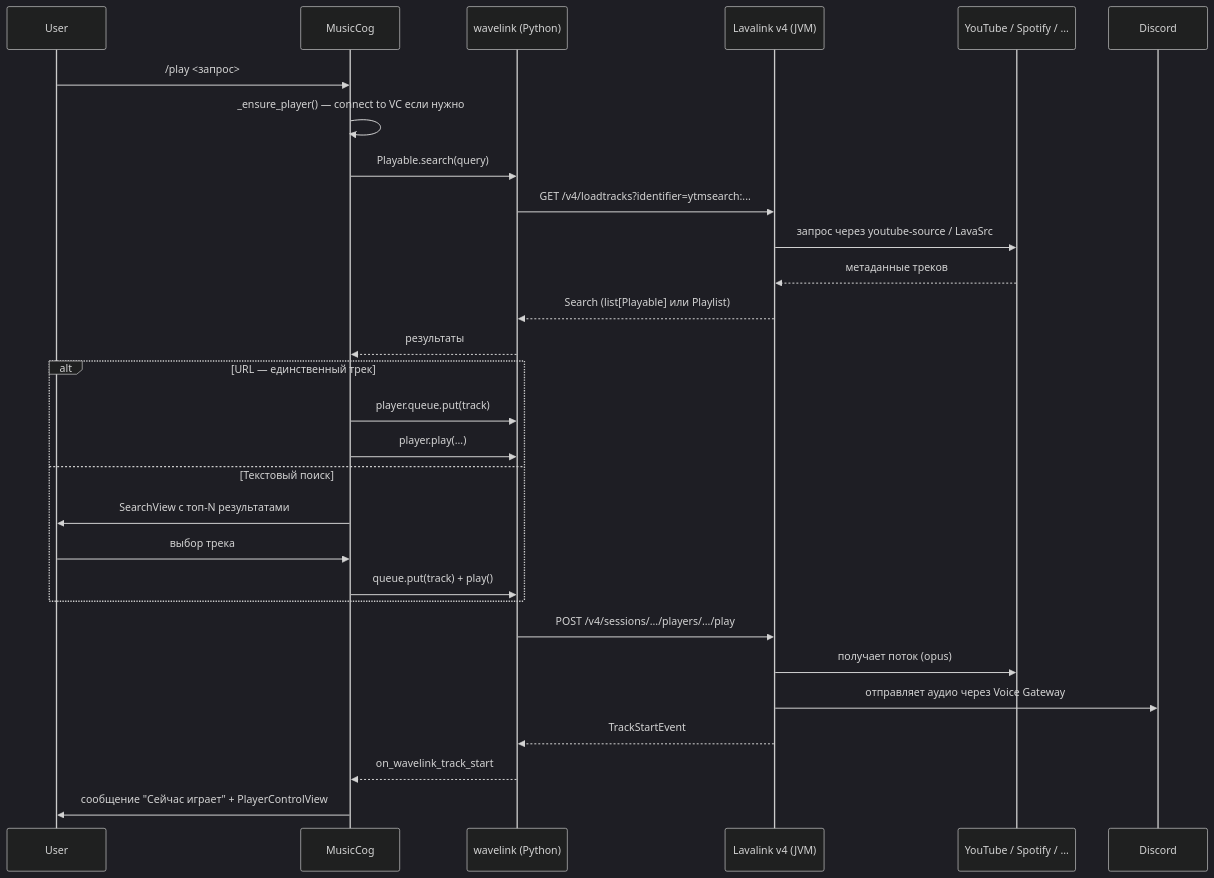
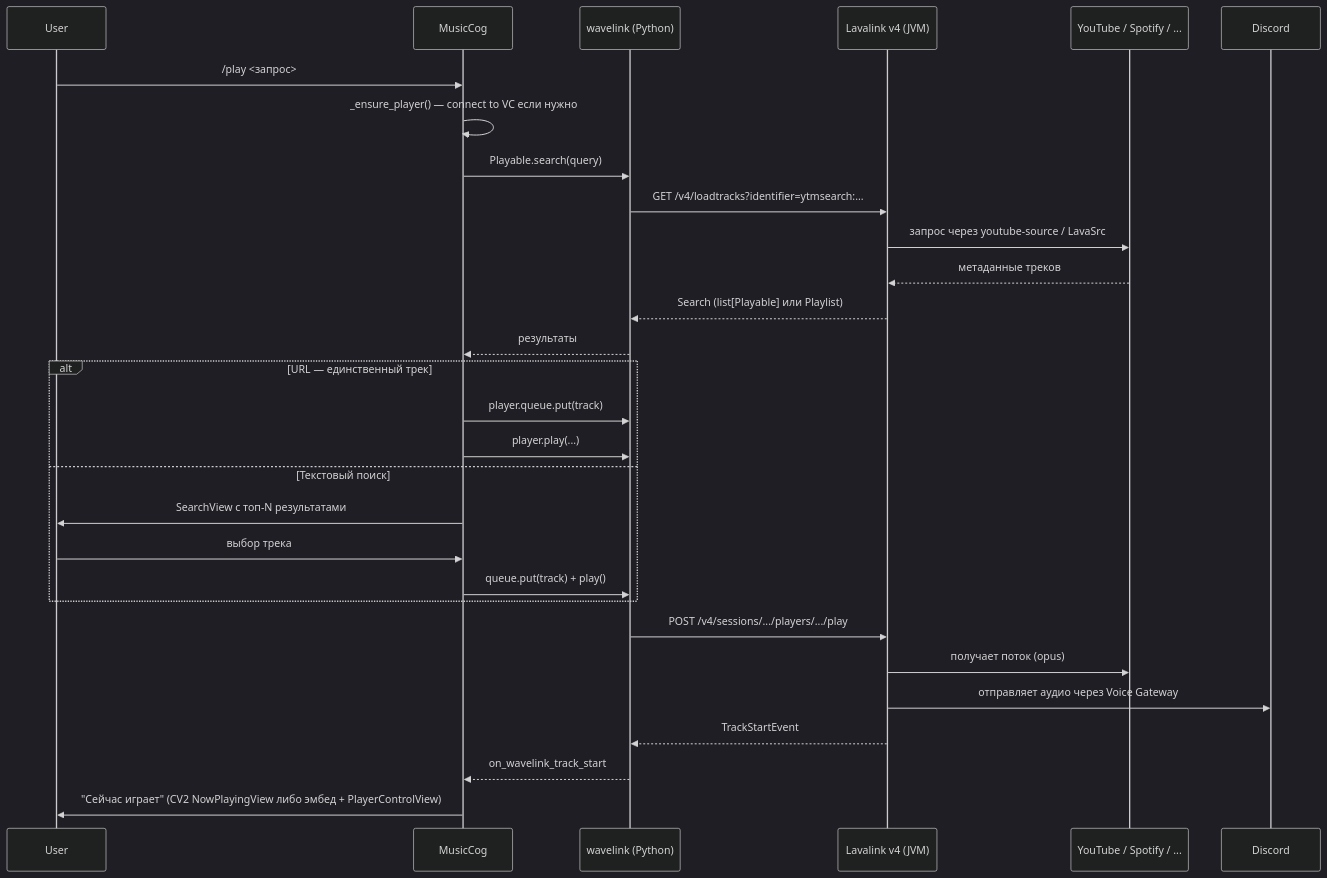
Before and after one commit to Twinlab/pd_bot: the second of 10 diagrams in docs/architecture.md, drawn with Mermaid (dark theme). The commit also changed other lines of this file and 17 other files, not shown here.

````diff
--- a/docs/architecture.md
+++ b/docs/architecture.md
@@ -54,34 +54,34 @@
 ```mermaid
 sequenceDiagram
     participant User
     participant MusicCog
     participant Wavelink as wavelink (Python)
     participant Lavalink as Lavalink v4 (JVM)
     participant YT as YouTube / Spotify / ...
 
     User->>MusicCog: /play <запрос>
     MusicCog->>MusicCog: _ensure_player() — connect to VC если нужно
     MusicCog->>Wavelink: Playable.search(query)
     Wavelink->>Lavalink: GET /v4/loadtracks?identifier=ytmsearch:...
     Lavalink->>YT: запрос через youtube-source / LavaSrc
     YT-->>Lavalink: метаданные треков
     Lavalink-->>Wavelink: Search (list[Playable] или Playlist)
     Wavelink-->>MusicCog: результаты
 
     alt URL — единственный трек
         MusicCog->>Wavelink: player.queue.put(track)
         MusicCog->>Wavelink: player.play(...)
     else Текстовый поиск
         MusicCog->>User: SearchView с топ-N результатами
         User->>MusicCog: выбор трека
         MusicCog->>Wavelink: queue.put(track) + play()
     end
 
     Wavelink->>Lavalink: POST /v4/sessions/.../players/.../play
     Lavalink->>YT: получает поток (opus)
     Lavalink->>Discord: отправляет аудио через Voice Gateway
 
     Lavalink-->>Wavelink: TrackStartEvent
     Wavelink-->>MusicCog: on_wavelink_track_start
-    MusicCog->>User: сообщение "Сейчас играет" + PlayerControlView
+    MusicCog->>User: "Сейчас играет" (CV2 NowPlayingView либо эмбед + PlayerControlView)
 ```
````
